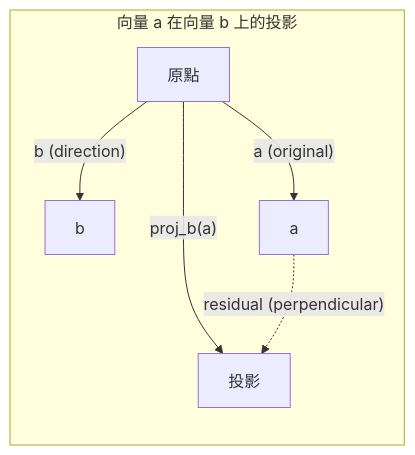
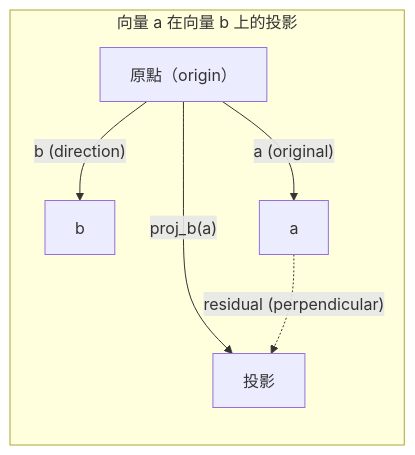
Before and after one commit to edward821220/ai-engineering-from-scratch: the second of 2 diagrams in i18n/zh-TW/phases/01-math-foundations/01-linear-algebra-intuition/docs/zh-TW.md, drawn with Mermaid. The commit also changed other lines of this file and 197 other files, not shown here.

````diff
--- a/i18n/zh-TW/phases/01-math-foundations/01-linear-algebra-intuition/docs/zh-TW.md
+++ b/i18n/zh-TW/phases/01-math-foundations/01-linear-algebra-intuition/docs/zh-TW.md
@@ -135,10 +135,10 @@
 ```mermaid
 graph LR
     subgraph Projection["向量 a 在向量 b 上的投影"]
         direction TB
-        O["原點"] --> |"b (direction)"| B["b"]
+        O["原點（origin）"] --> |"b (direction)"| B["b"]
         O --> |"a (original)"| A["a"]
         O --> |"proj_b(a)"| P["投影"]
         A -.-> |"residual (perpendicular)"| P
     end
 ```
````
